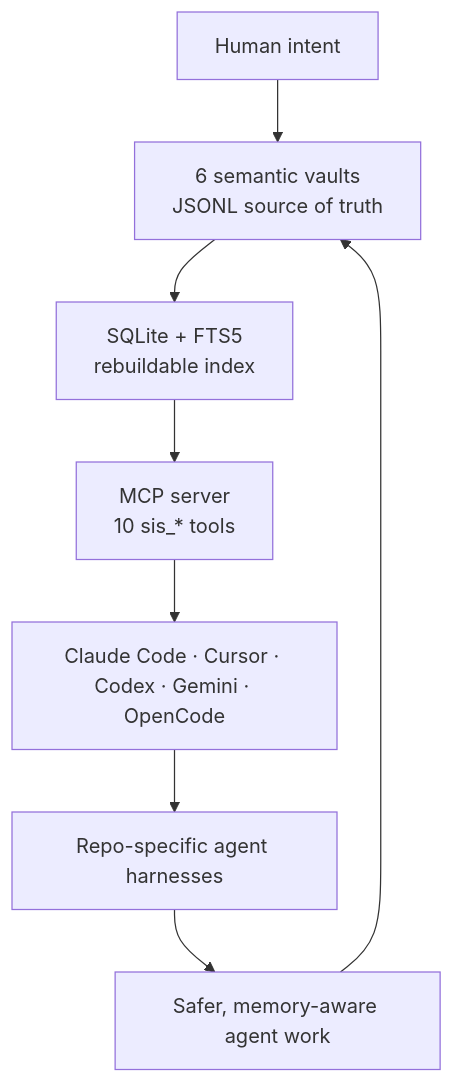
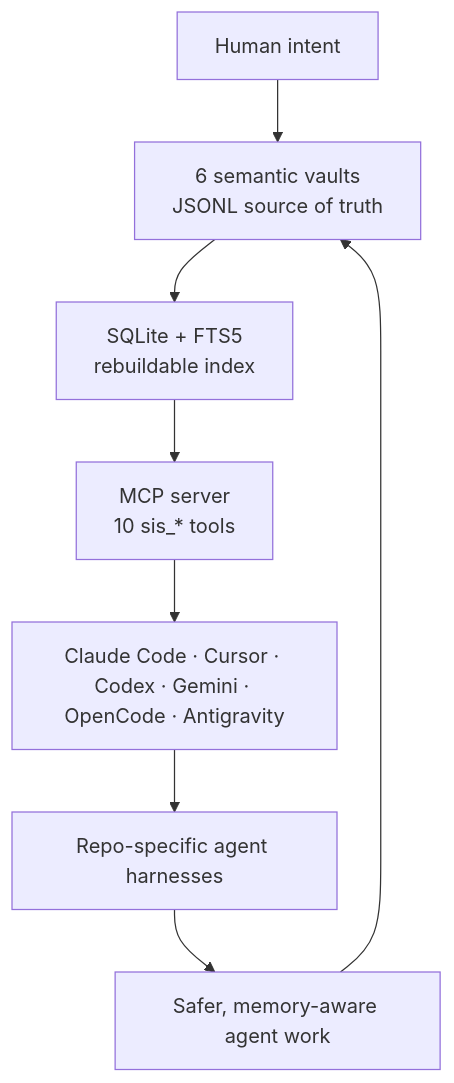
The diagram in README.md (frankxai/Starlight-Intelligence-System), drawn with Mermaid before and after one commit. The commit also changed other lines of this file and 102 other files, not shown here.

````diff
--- a/README.md
+++ b/README.md
@@ -37,18 +37,18 @@
 ```mermaid
 flowchart TB
   Human["Human intent"]
   Vaults["6 semantic vaults<br/>JSONL source of truth"]
   Index["SQLite + FTS5<br/>rebuildable index"]
   MCP["MCP server<br/>10 sis_* tools"]
-  Adapters["Claude Code · Cursor · Codex · Gemini · OpenCode"]
+  Adapters["Claude Code · Cursor · Codex · Gemini · OpenCode · Antigravity"]
   Repos["Repo-specific agent harnesses"]
   Output["Safer, memory-aware agent work"]
 
   Human --> Vaults
   Vaults --> Index
   Index --> MCP
   MCP --> Adapters
   Adapters --> Repos
   Repos --> Output
   Output --> Vaults
 ```
````
